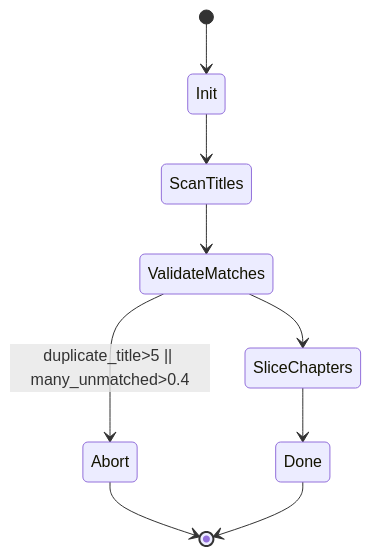
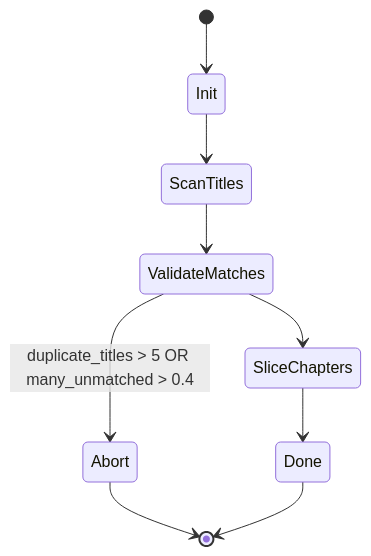
The diagram in docs/04-diagrams/state-machines/chapterizer_fsm.mmd (jwardwell7077/agent-audiobook-maker), drawn with Mermaid before and after one commit. The commit also changed 37 other files, not shown here.

First line of the commit message:
fix: repair all broken links and Mermaid diagram rendering

````diff
--- a/docs/04-diagrams/state-machines/chapterizer_fsm.mmd
+++ b/docs/04-diagrams/state-machines/chapterizer_fsm.mmd
@@ -1,9 +1,11 @@
+```mermaid
 stateDiagram-v2
   [*] --> Init
   Init --> ScanTitles
   ScanTitles --> ValidateMatches
-  ValidateMatches --> Abort: duplicate_title>5 || many_unmatched>0.4
+  ValidateMatches --> Abort: duplicate_titles > 5 OR many_unmatched > 0.4
   ValidateMatches --> SliceChapters
   SliceChapters --> Done
   Abort --> [*]
   Done --> [*]
+```
````
